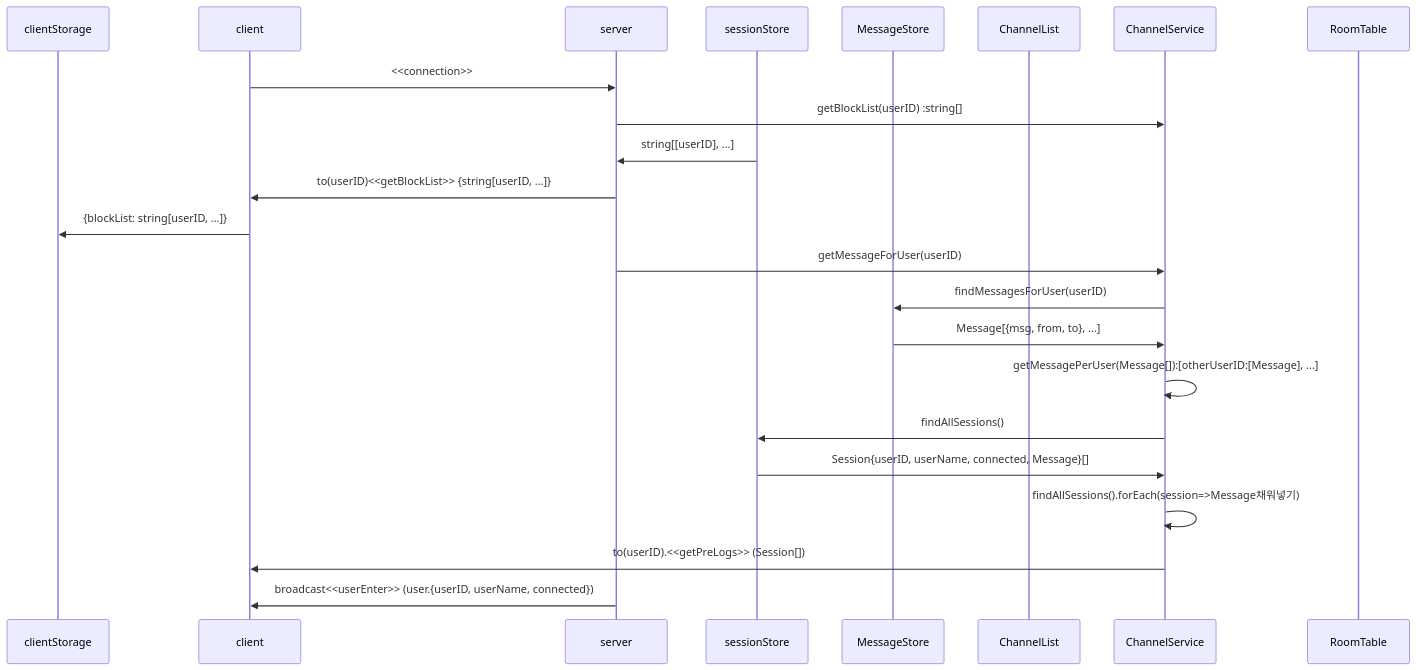
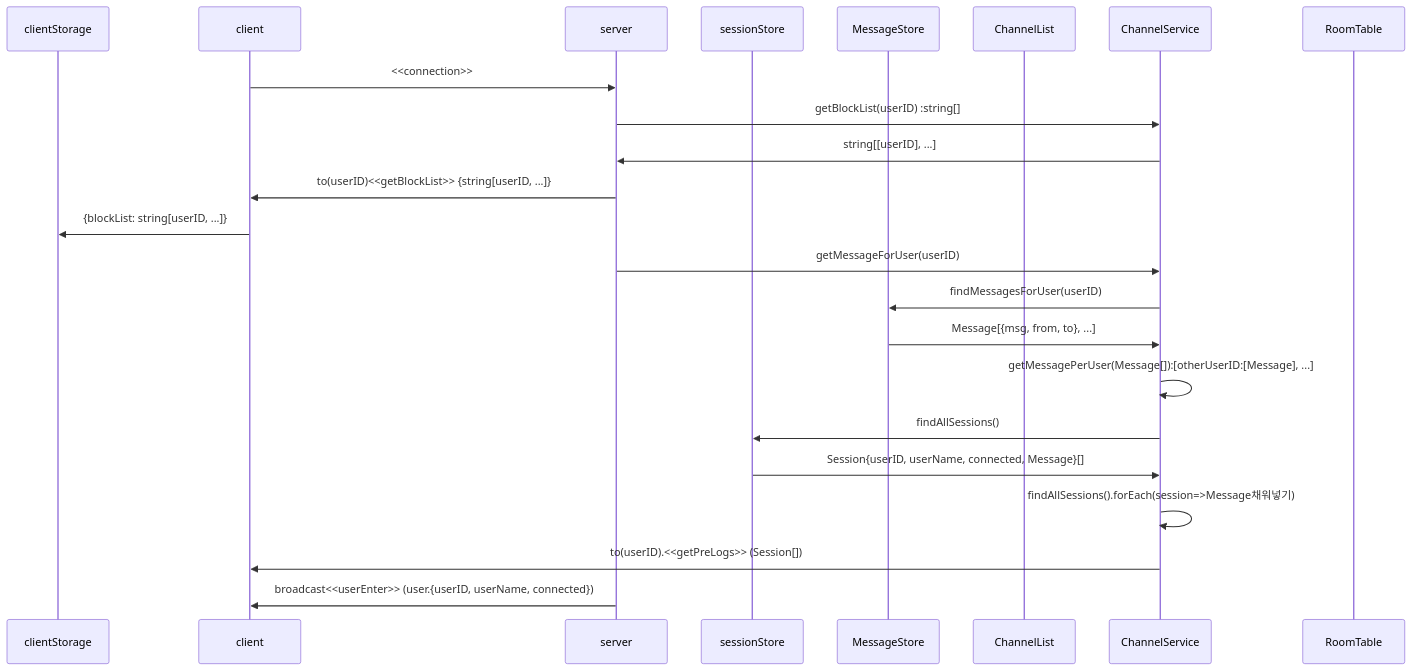
The second of 19 diagrams in backend/node/app/event.md (mtak0235/simmons_transcendence), drawn with Mermaid before and after one commit. The commit also changed other lines of this file and 17 other files, not shown here.

````diff
--- a/backend/node/app/event.md
+++ b/backend/node/app/event.md
@@ -37,28 +44,28 @@
 ```mermaid
 sequenceDiagram
 participant cls as clientStorage
 participant c as client
 participant ga as server
 participant ss as sessionStore
 participant ms as MessageStore
 participant cns as ChannelList
 participant cs as ChannelService
 participant rt as RoomTable
 
 c->>ga: <<connection>>
 ga->>cs: getBlockList(userID) :string[]
-ss->>ga: string[[userID], ...]
+cs->>ga: string[[userID], ...]
 ga->>c: to(userID)<<getBlockList>> {string[userID, ...]}
 c->>cls: {blockList: string[userID, ...]}
 
 ga->>cs: getMessageForUser(userID)
 cs->>ms: findMessagesForUser(userID)
 ms->>cs: Message[{msg, from, to}, ...]
 cs->>cs: getMessagePerUser(Message[]):[otherUserID:[Message], ...]
 cs->>ss: findAllSessions()
 ss->>cs: Session{userID, userName, connected, Message}[]
 cs->>cs: findAllSessions().forEach(session=>Message채워넣기)
 cs->>c: to(userID).<<getPreLogs>> (Session[])
 
 ga->>c: broadcast<<userEnter>> (user.{userID, userName, connected})
 ```
````
